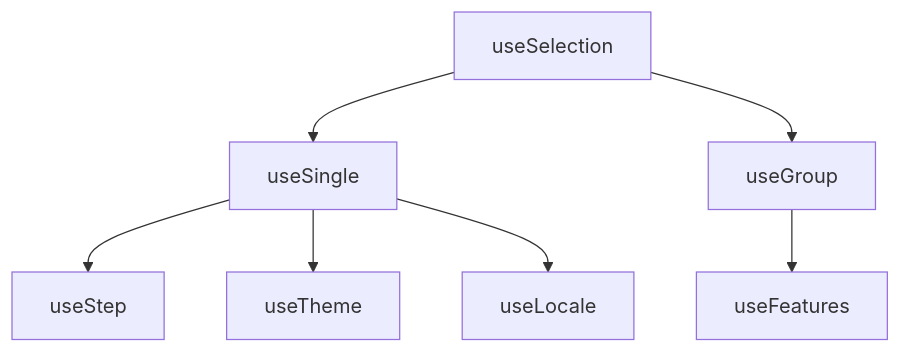
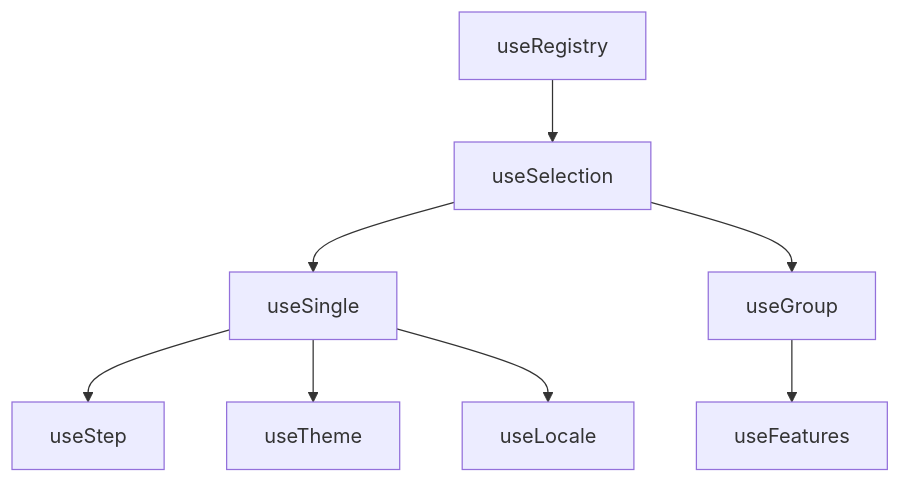
The diagram in apps/docs/src/pages/composables/selection/use-selection.md (vuetifyjs/0), drawn with Mermaid before and after one commit.

Commit message:
docs(use-selection): update flowchart

````diff
--- a/apps/docs/src/pages/composables/selection/use-selection.md
+++ b/apps/docs/src/pages/composables/selection/use-selection.md
@@ -44,9 +44,10 @@
 ```mermaid
 flowchart TD
+  useRegistry --> useSelection
   useSelection --> useSingle
   useSelection --> useGroup
   useSingle --> useStep
   useSingle --> useTheme
   useSingle --> useLocale
   useGroup --> useFeatures
 ```
````
